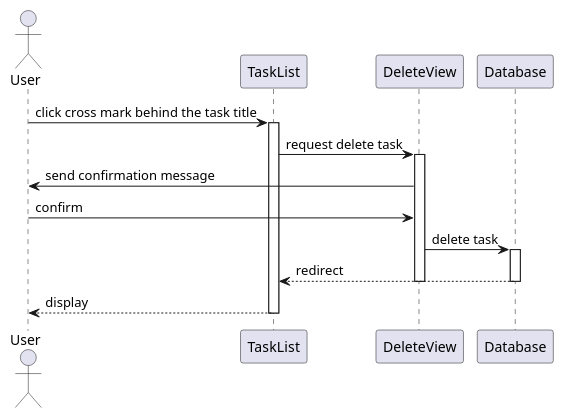
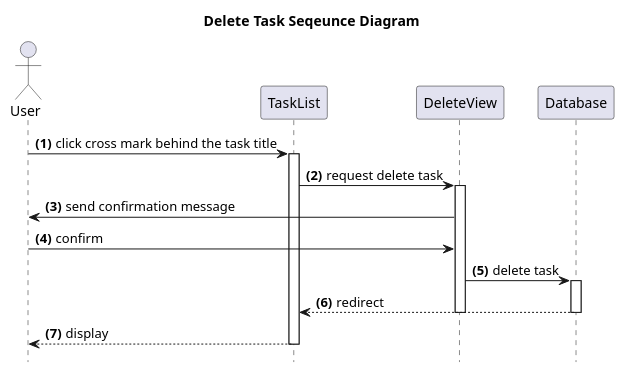
The diagram in documents/diagrams/src/web-client/deletetask.wsd (Kritsanawipankhet/CE64-41), drawn with PlantUML before and after one commit. The commit also changed 11 other files, not shown here.

Commit message:
hide footbox

```diff
--- a/documents/diagrams/src/web-client/deletetask.wsd
+++ b/documents/diagrams/src/web-client/deletetask.wsd
@@ -1,16 +1,19 @@
 @startuml
+title **Delete Task** Seqeunce Diagram
+hide footbox
 Actor User
+autonumber "<b>(0)"
 User -> TaskList : click cross mark behind the task title
 activate TaskList
 TaskList -> DeleteView : request delete task
 activate DeleteView
 DeleteView -> User : send confirmation message
 User -> DeleteView : confirm
 DeleteView -> Database : delete task
 activate Database
 Database --> TaskList : redirect
 deactivate Database
 deactivate DeleteView
 TaskList --> User : display
 deactivate TaskList
 @enduml
```
